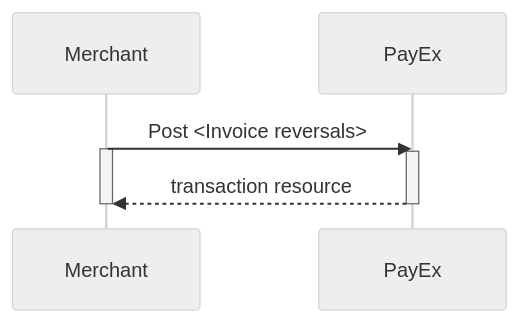
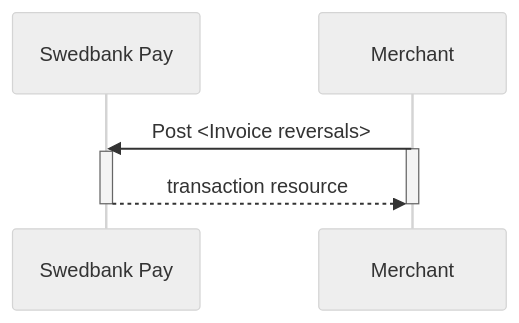
The second of 2 diagrams in payments/invoice/after-payment.md (SwedbankPay/developer.swedbankpay.com), drawn with Mermaid (neutral theme) before and after one commit. The commit also changed other lines of this file and 8 other files, not shown here.

Commit message:
DX-1089: Replace PayEx with Swedbank Pay

````diff
--- a/payments/invoice/after-payment.md
+++ b/payments/invoice/after-payment.md
@@ -182,9 +184,11 @@
 ```mermaid
 sequenceDiagram
-    Merchant->>PayEx: Post <Invoice reversals>
+    participant SwedbankPay as Swedbank Pay
+
+    Merchant->>SwedbankPay: Post <Invoice reversals>
     activate Merchant
-    activate PayEx
-    PayEx-->>Merchant: transaction resource
+    activate SwedbankPay
+    SwedbankPay-->>Merchant: transaction resource
     deactivate Merchant
-    deactivate PayEx
+    deactivate SwedbankPay
 ```
````
